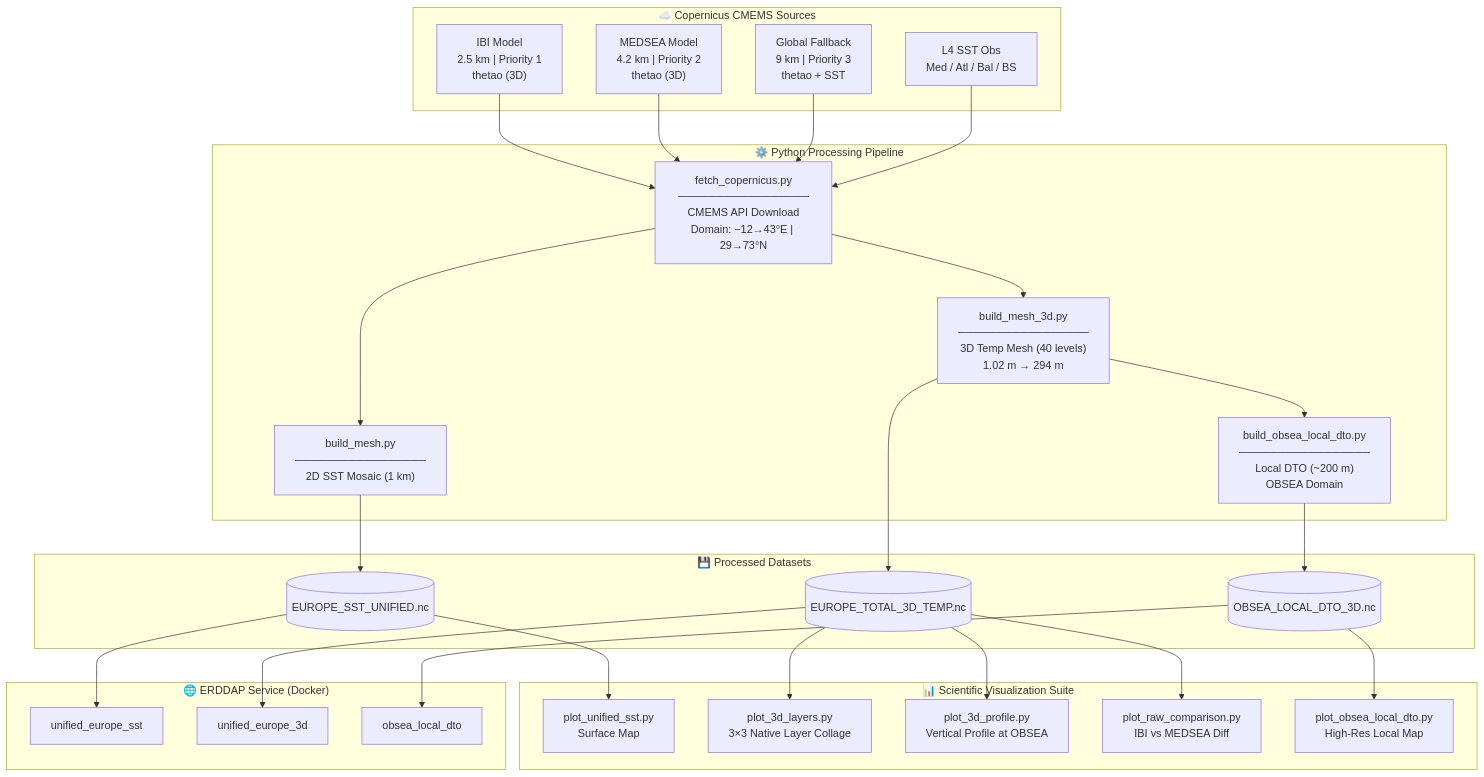
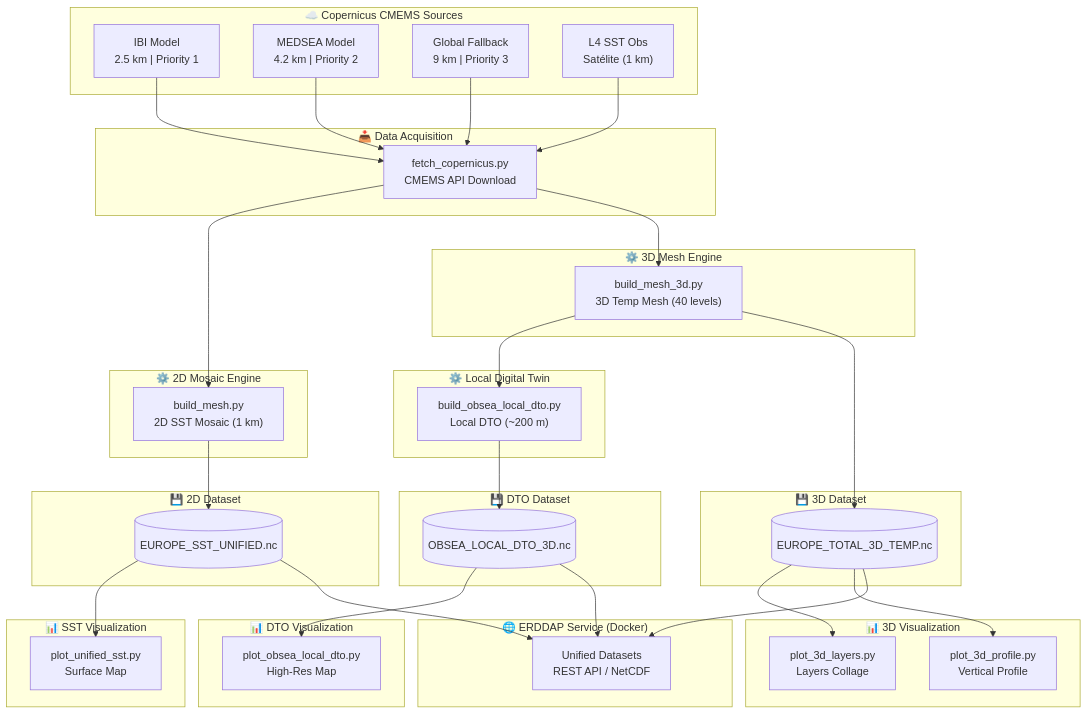
Before and after one commit to uripratt/erdap_digi4eco: the diagram in README.md, drawn with Mermaid.

Commit message:
docs: update README Mermaid diagram to symmetric 3-column structure

````diff
--- a/README.md
+++ b/README.md
@@ -16,48 +16,68 @@
 ```mermaid
 graph TD
     subgraph CMEMS["☁️ Copernicus CMEMS Sources"]
-        IBI["IBI Model<br/>2.5 km | Priority 1<br/>thetao (3D)"]
-        MED["MEDSEA Model<br/>4.2 km | Priority 2<br/>thetao (3D)"]
-        GLO["Global Fallback<br/>9 km | Priority 3<br/>thetao + SST"]
-        SST["L4 SST Obs<br/>Med / Atl / Bal / BS"]
+        IBI["IBI Model<br/>2.5 km | Priority 1"]
+        MED["MEDSEA Model<br/>4.2 km | Priority 2"]
+        GLO["Global Fallback<br/>9 km | Priority 3"]
+        SST["L4 SST Obs<br/>Satélite (1 km)"]
     end
 
-    subgraph PIPELINE["⚙️ Python Processing Pipeline"]
-        Fetch["fetch_copernicus.py<br/>─────────────────<br/>CMEMS API Download<br/>Domain: −12→43°E | 29→73°N"]
-        Mesh2D["build_mesh.py<br/>─────────────────<br/>2D SST Mosaic (1 km)"]
-        Mesh3D["build_mesh_3d.py<br/>─────────────────<br/>3D Temp Mesh (40 levels)<br/>1.02 m → 294 m"]
-        DTO["build_obsea_local_dto.py<br/>─────────────────<br/>Local DTO (~200 m)<br/>OBSEA Domain"]
+    subgraph INGESTION["📥 Data Acquisition"]
+        Fetch["fetch_copernicus.py<br/>CMEMS API Download"]
     end
 
-    subgraph DATA["💾 Processed Datasets"]
+    %% Columna 1: 2D SST
+    subgraph PROC_2D["⚙️ 2D Mosaic Engine"]
+        Mesh2D["build_mesh.py<br/>2D SST Mosaic (1 km)"]
+    end
+    subgraph DATA_2D["💾 2D Dataset"]
         SST_NC[("EUROPE_SST_UNIFIED.nc")]
+    end
+    subgraph VIS_2D["📊 SST Visualization"]
+        P1["plot_unified_sst.py<br/>Surface Map"]
+    end
+
+    %% Columna 2: 3D Temperature
+    subgraph PROC_3D["⚙️ 3D Mesh Engine"]
+        Mesh3D["build_mesh_3d.py<br/>3D Temp Mesh (40 levels)"]
+    end
+    subgraph DATA_3D["💾 3D Dataset"]
         TEMP3D_NC[("EUROPE_TOTAL_3D_TEMP.nc")]
+    end
+    subgraph VIS_3D["📊 3D Visualization"]
+        P2["plot_3d_layers.py<br/>Layers Collage"]
+        P3["plot_3d_profile.py<br/>Vertical Profile"]
+    end
+
+    %% Columna 3: Local DTO
+    subgraph PROC_DTO["⚙️ Local Digital Twin"]
+        DTO["build_obsea_local_dto.py<br/>Local DTO (~200 m)"]
+    end
+    subgraph DATA_DTO["💾 DTO Dataset"]
         DTO_NC[("OBSEA_LOCAL_DTO_3D.nc")]
     end
-
-    subgraph VIS["📊 Scientific Visualization Suite"]
-        P1["plot_unified_sst.py<br/>Surface Map"]
-        P2["plot_3d_layers.py<br/>3×3 Native Layer Collage"]
-        P3["plot_3d_profile.py<br/>Vertical Profile at OBSEA"]
-        P4["plot_raw_comparison.py<br/>IBI vs MEDSEA Diff"]
-        P5["plot_obsea_local_dto.py<br/>High-Res Local Map"]
+    subgraph VIS_DTO["📊 DTO Visualization"]
+        P5["plot_obsea_local_dto.py<br/>High-Res Map"]
     end
 
     subgraph ERDDAP_SVC["🌐 ERDDAP Service (Docker)"]
-        DS1["unified_europe_sst"]
-        DS2["unified_europe_3d"]
-        DS3["obsea_local_dto"]
+        DS["Unified Datasets<br/>REST API / NetCDF"]
     end
 
-    IBI & MED & GLO --> Fetch
-    SST --> Fetch
+    %% Conexiones
+    IBI & MED & GLO & SST --> Fetch
+    
     Fetch --> Mesh2D
     Fetch --> Mesh3D
     Mesh3D --> DTO
+
     Mesh2D --> SST_NC
     Mesh3D --> TEMP3D_NC
     DTO --> DTO_NC
-    SST_NC --> P1 & DS1
-    TEMP3D_NC --> P2 & P3 & P4 & DS2
-    DTO_NC --> P5 & DS3
+
+    SST_NC --> P1
+    TEMP3D_NC --> P2 & P3
+    DTO_NC --> P5
+
+    SST_NC & TEMP3D_NC & DTO_NC --> DS
 ```
````
